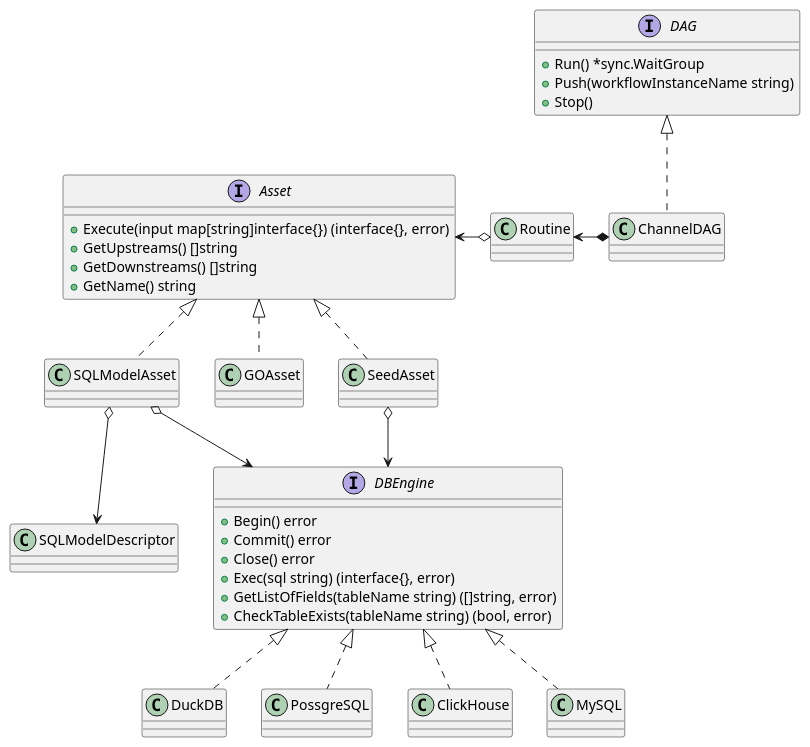
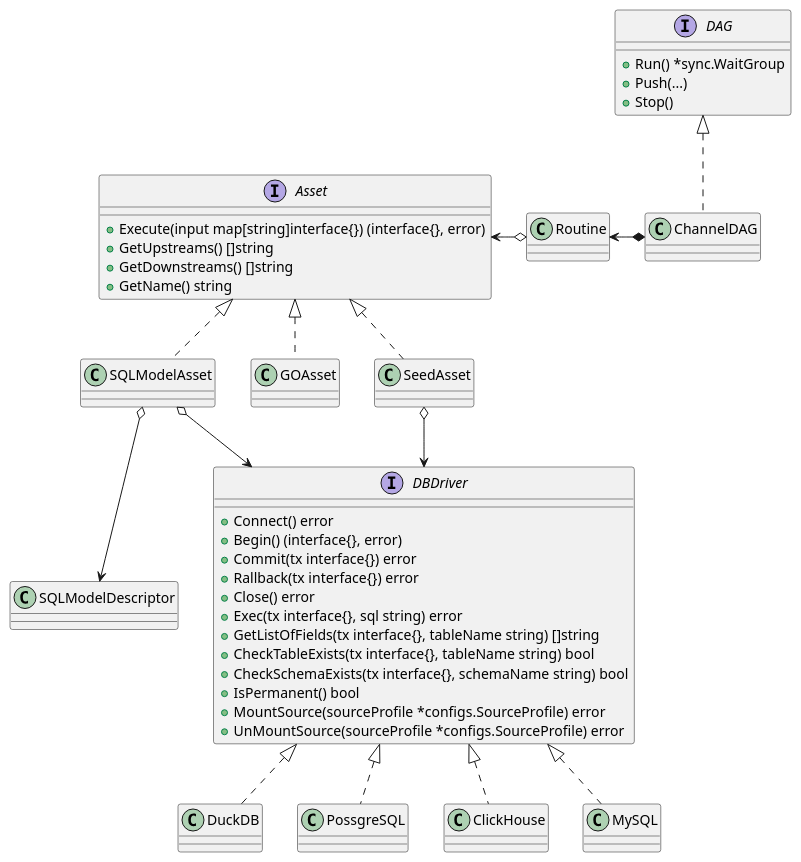
The diagram in docs/classes.wsd (go-teal/teal), drawn with PlantUML before and after one commit. The commit also changed 6 other files, not shown here.

```diff
--- a/docs/classes.wsd
+++ b/docs/classes.wsd
@@ -1,47 +1,53 @@
 @startuml
 
 interface Asset {
     +Execute(input map[string]interface{}) (interface{}, error)
 	+GetUpstreams() []string
 	+GetDownstreams() []string
 	+GetName() string
 }
 
 Class SQLModelAsset
-Interface DBEngine {
-    +Begin() error
-	+Commit() error
+Interface DBDriver {
+	+Connect() error
+	+Begin() (interface{}, error)
+	+Commit(tx interface{}) error
+	+Rallback(tx interface{}) error
 	+Close() error
-	+Exec(sql string) (interface{}, error)
-	+GetListOfFields(tableName string) ([]string, error)
-	+CheckTableExists(tableName string) (bool, error)
+	+Exec(tx interface{}, sql string) error
+	+GetListOfFields(tx interface{}, tableName string) []string
+	+CheckTableExists(tx interface{}, tableName string) bool
+	+CheckSchemaExists(tx interface{}, schemaName string) bool
+	+IsPermanent() bool
+	+MountSource(sourceProfile *configs.SourceProfile) error
+	+UnMountSource(sourceProfile *configs.SourceProfile) error
 }
 
 Class DuckDB
 Class PossgreSQL
 Class ClickHouse
 Class MySQL
 Class SQLModelDescriptor
 Interface DAG {
     +Run() *sync.WaitGroup
-	+Push(workflowInstanceName string)
+	+Push(...)
 	+Stop()
 }
 
 class Routine
 
 SQLModelAsset .up.|> Asset
 GOAsset .up.|> Asset
 SeedAsset .up.|> Asset
-SQLModelAsset o-right-> DBEngine
+SQLModelAsset o-right-> DBDriver
 SQLModelAsset o--> SQLModelDescriptor
-SeedAsset o--> DBEngine
-DuckDB .up.|> DBEngine
-PossgreSQL .up.|> DBEngine
-ClickHouse .up.|> DBEngine
-MySQL .up.|> DBEngine
+SeedAsset o--> DBDriver
+DuckDB .up.|> DBDriver
+PossgreSQL .up.|> DBDriver
+ClickHouse .up.|> DBDriver
+MySQL .up.|> DBDriver
 
 ChannelDAG .up.|> DAG 
 ChannelDAG *-left->Routine 
 Routine o-left->Asset
 @enduml
```
